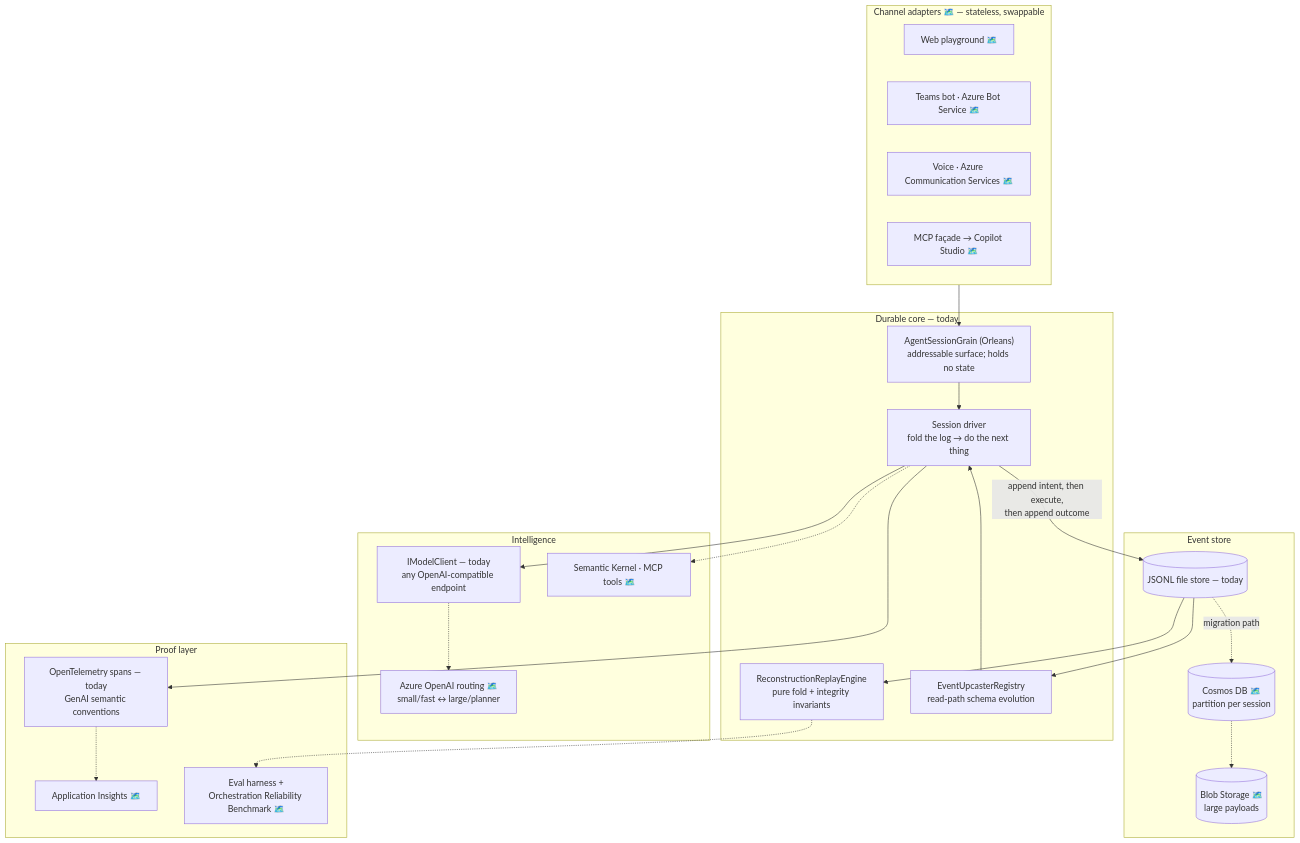
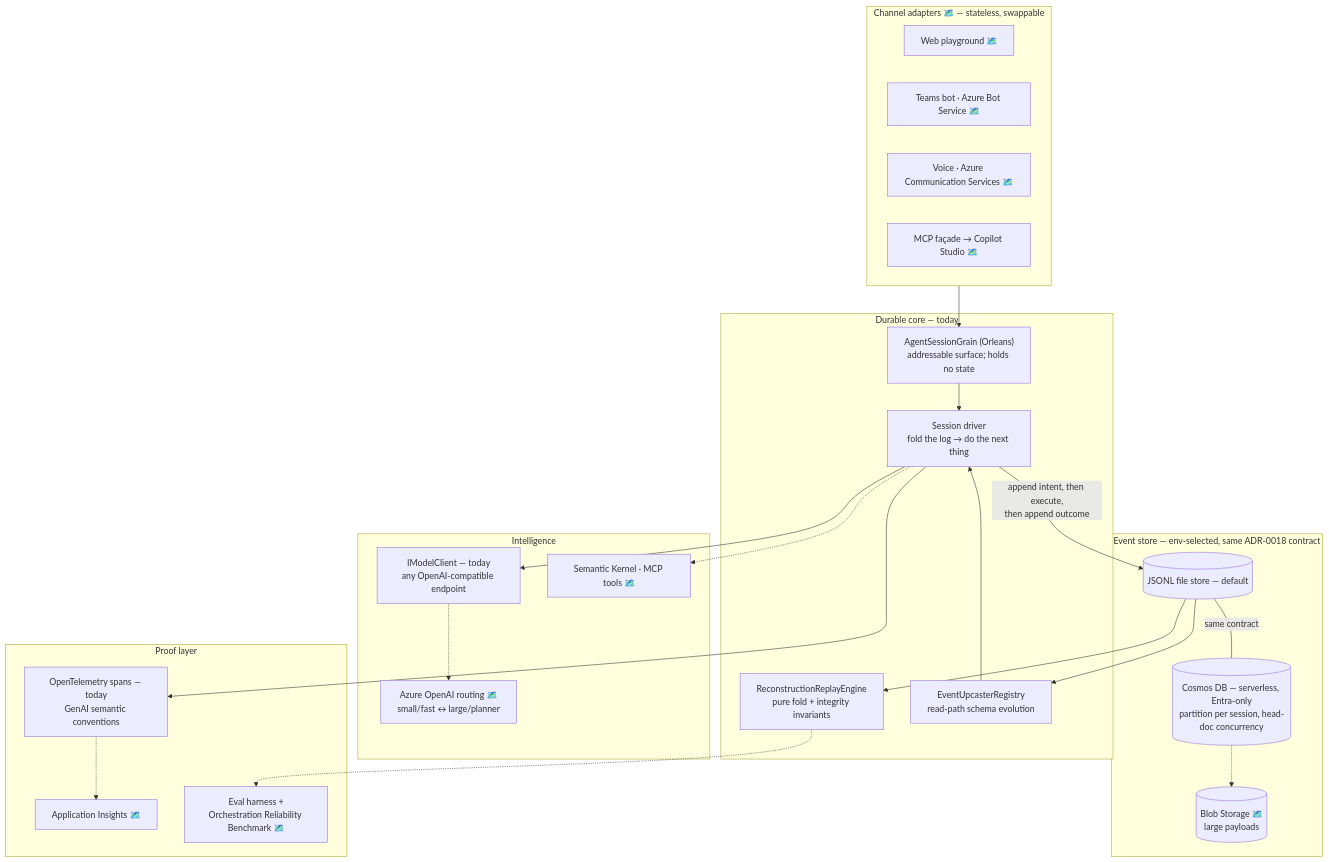
The diagram in docs/architecture.md (parammadan/aurelia), drawn with Mermaid before and after one commit. The commit also changed 3 other files, not shown here.

Commit message:
adr 0019, cosmos integration test, docs

````diff
--- a/docs/architecture.md
+++ b/docs/architecture.md
@@ -7,48 +7,48 @@
 ```mermaid
 flowchart TD
     subgraph CH["Channel adapters 🗺️ — stateless, swappable"]
         WEB["Web playground 🗺️"]
         TEAMS["Teams bot · Azure Bot Service 🗺️"]
         VOICE["Voice · Azure Communication Services 🗺️"]
         MCPF["MCP façade → Copilot Studio 🗺️"]
     end
 
     subgraph CORE["Durable core — today"]
         GRAIN["AgentSessionGrain (Orleans)<br/>addressable surface; holds no state"]
         DRIVER["Session driver<br/>fold the log → do the next thing"]
         REPLAY["ReconstructionReplayEngine<br/>pure fold + integrity invariants"]
         UPCAST["EventUpcasterRegistry<br/>read-path schema evolution"]
     end
 
-    subgraph STORE["Event store"]
-        FILE[("JSONL file store — today")]
-        COSMOS[("Cosmos DB 🗺️<br/>partition per session")]
+    subgraph STORE["Event store — env-selected, same ADR-0018 contract"]
+        FILE[("JSONL file store — default")]
+        COSMOS[("Cosmos DB — serverless, Entra-only<br/>partition per session, head-doc concurrency")]
         BLOB[("Blob Storage 🗺️<br/>large payloads")]
     end
 
     subgraph INTEL["Intelligence"]
         MODEL["IModelClient — today<br/>any OpenAI-compatible endpoint"]
         AOAI["Azure OpenAI routing 🗺️<br/>small/fast ↔ large/planner"]
         SKMCP["Semantic Kernel · MCP tools 🗺️"]
     end
 
     subgraph PROOF["Proof layer"]
         OTELN["OpenTelemetry spans — today<br/>GenAI semantic conventions"]
         APPIN["Application Insights 🗺️"]
         EVAL["Eval harness +<br/>Orchestration Reliability Benchmark 🗺️"]
     end
 
     CH --> GRAIN
     GRAIN --> DRIVER
     DRIVER -->|"append intent, then execute,<br/>then append outcome"| FILE
     FILE --> UPCAST --> DRIVER
     FILE --> REPLAY
     DRIVER --> OTELN
     DRIVER --> MODEL
     MODEL -.-> AOAI
     DRIVER -.-> SKMCP
-    FILE -.->|migration path| COSMOS
+    FILE ---|same contract| COSMOS
     COSMOS -.-> BLOB
     OTELN -.-> APPIN
     REPLAY -.-> EVAL
 ```
````
